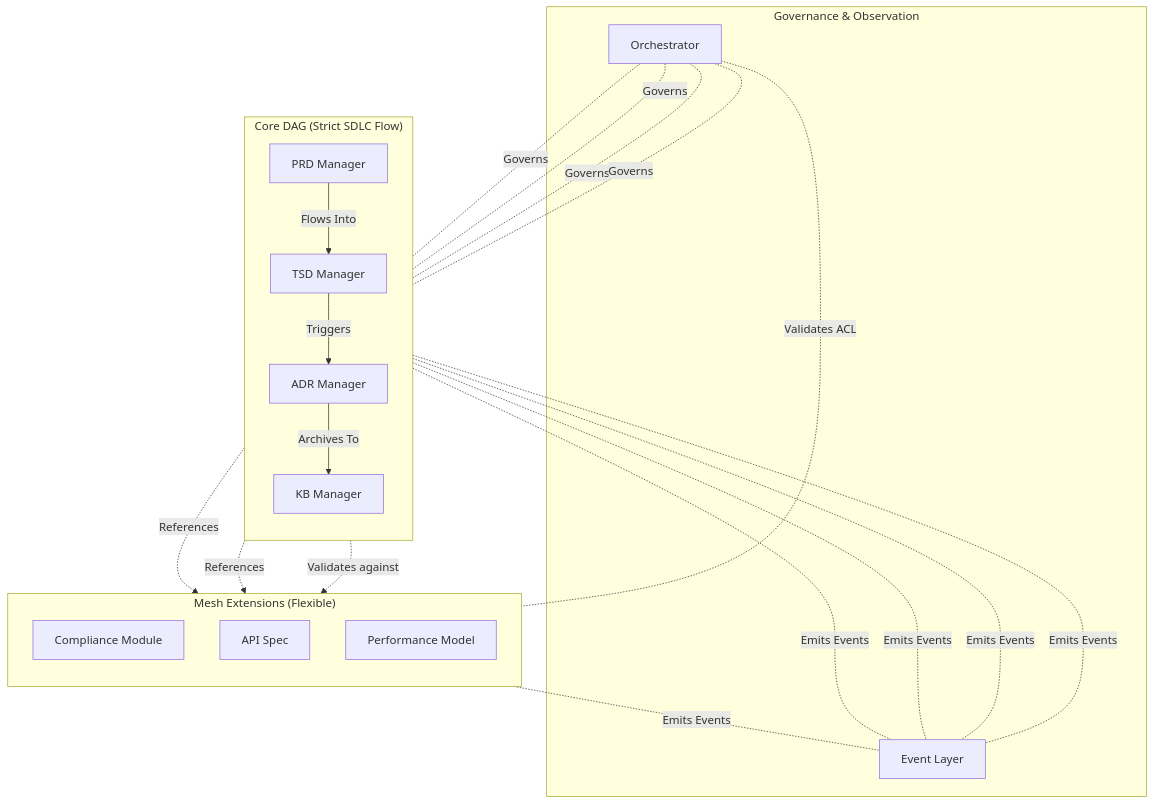
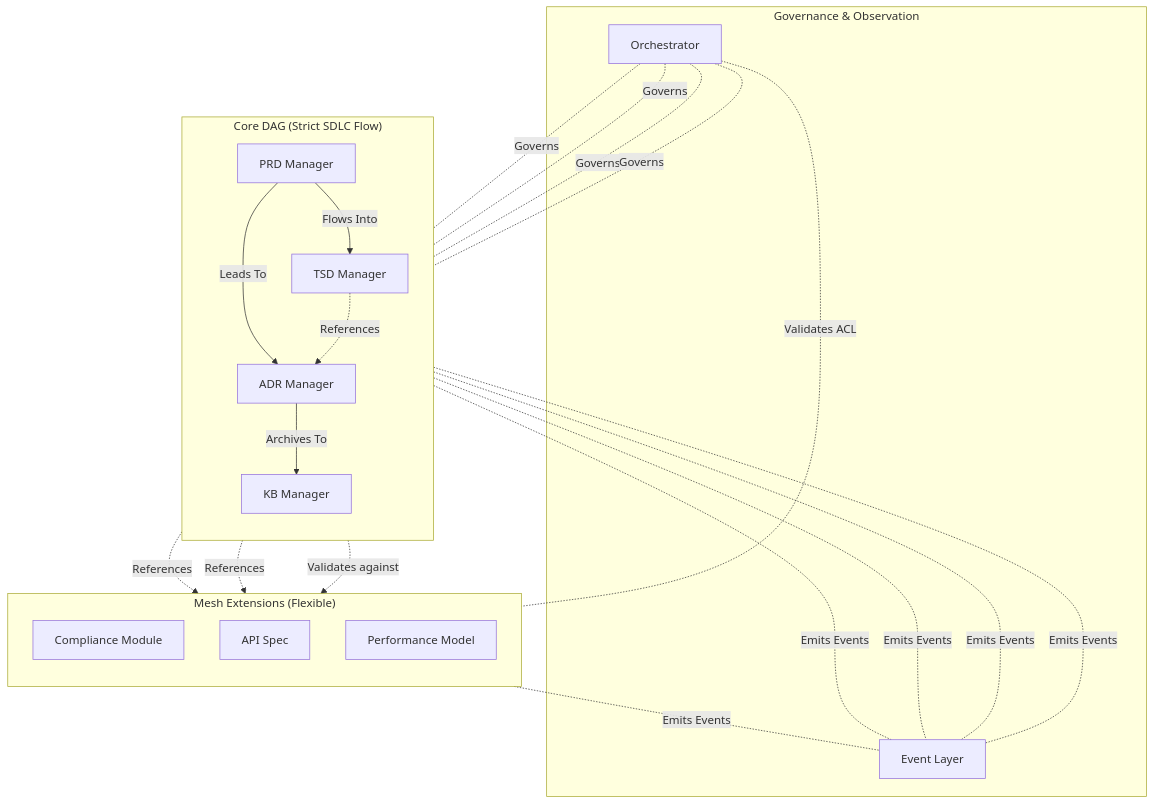
Before and after one commit to yumin-chen/sdlc-ide: the diagram in README.md, drawn with Mermaid. The commit also changed other lines of this file, not shown here.

Commit message:
docs: Update TSD and ADR relationship in README
Updated the Mermaid diagram and the corresponding text in the README.md to reflect that TSDs and ADRs are parallel documents, and that a TSD can reference an ADR.

````diff
--- a/README.md
+++ b/README.md
@@ -28,40 +28,41 @@
 ```mermaid
 graph TD
     subgraph CoreDAG ["Core DAG (Strict SDLC Flow)"]
         direction TB
         PRD[PRD Manager] -->|Flows Into| TSD[TSD Manager]
-        TSD -->|Triggers| ADR[ADR Manager]
+        PRD -->|Leads To| ADR[ADR Manager]
+        TSD -.->|References| ADR
         ADR -->|Archives To| KB[KB Manager]
     end
 
     subgraph Mesh ["Mesh Extensions (Flexible)"]
         direction TB
         Comp[Compliance Module]
         API[API Spec]
         Perf[Performance Model]
     end
 
     subgraph Gov ["Governance & Observation"]
         Orch[Orchestrator]
         Events[Event Layer]
     end
 
     %% Mesh relationships
     TSD -.->|References| API
     TSD -.->|References| Perf
     PRD -.->|Validates against| Comp
 
     %% Orchestrator Control
     Orch -.-|Governs| PRD
     Orch -.-|Governs| TSD
     Orch -.-|Governs| ADR
     Orch -.-|Governs| KB
     Orch -.-|Validates ACL| Comp
 
     %% Event Layer
     PRD -.-|Emits Events| Events
     TSD -.-|Emits Events| Events
     ADR -.-|Emits Events| Events
     KB -.-|Emits Events| Events
     Comp -.-|Emits Events| Events
 ```
````
